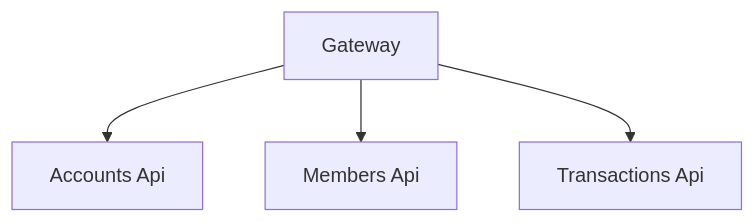
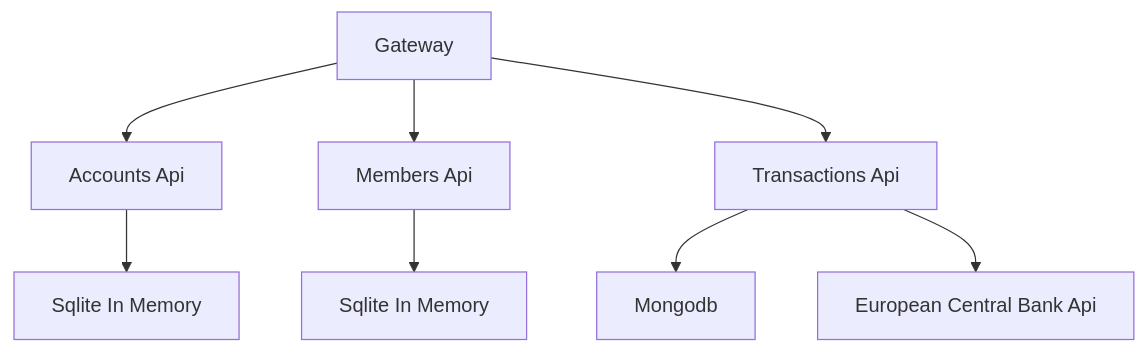
One commit to da1rren/planetwide-building-society changed the diagram in README.md. Above: the diagram before and after it, drawn with Mermaid.

Commit message:
Updated diagrams

````diff
--- a/README.md
+++ b/README.md
@@ -5,10 +5,19 @@
 ```mermaid
   graph TD;
       A["Gateway"]
       B["Accounts Api"]
       C["Members Api"]
       D["Transactions Api"]
+      E["Sqlite In Memory"]
+      EE["Sqlite In Memory"]
+      F["Mongodb"]
+      G["European Central Bank Api"]
+
       A-->B;
       A-->C;
       A-->D;
+      B-->E
+      C-->EE
+      D-->F
+      D-->G
 ```
````
